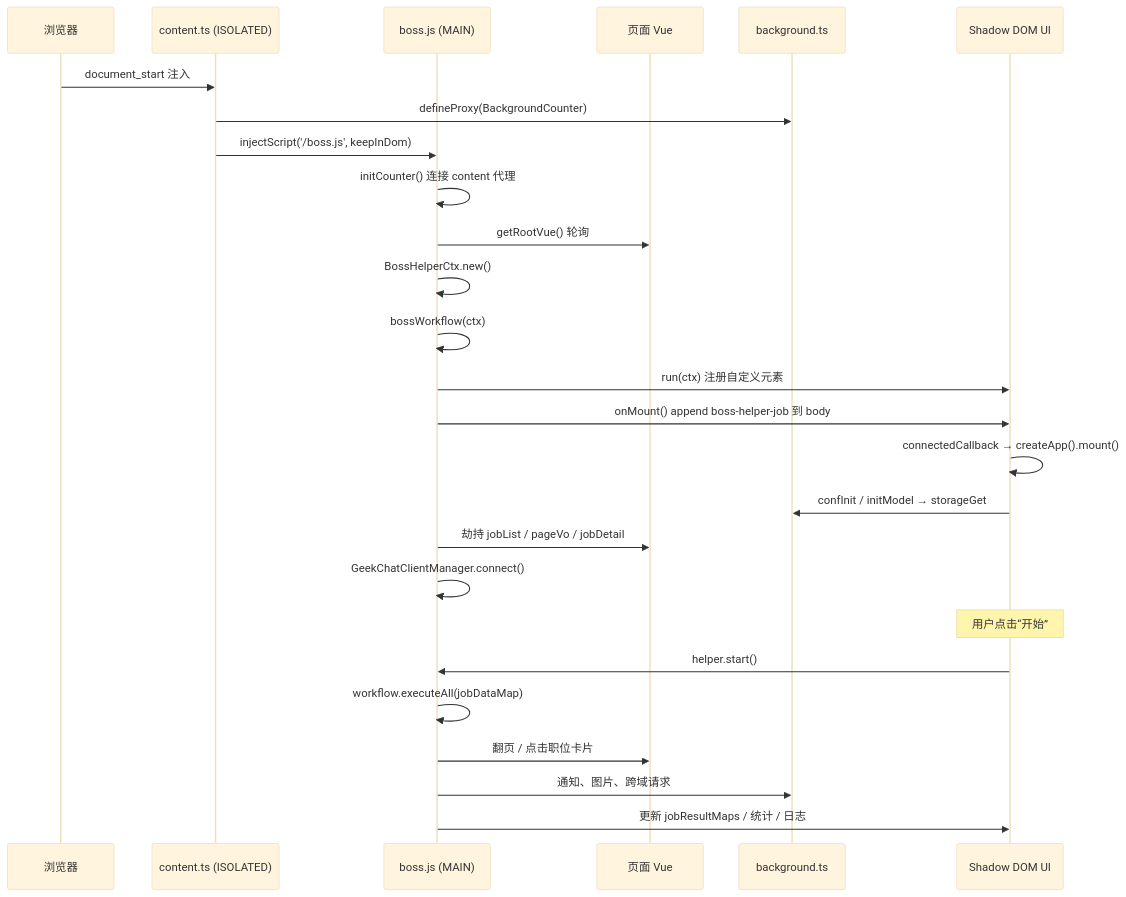
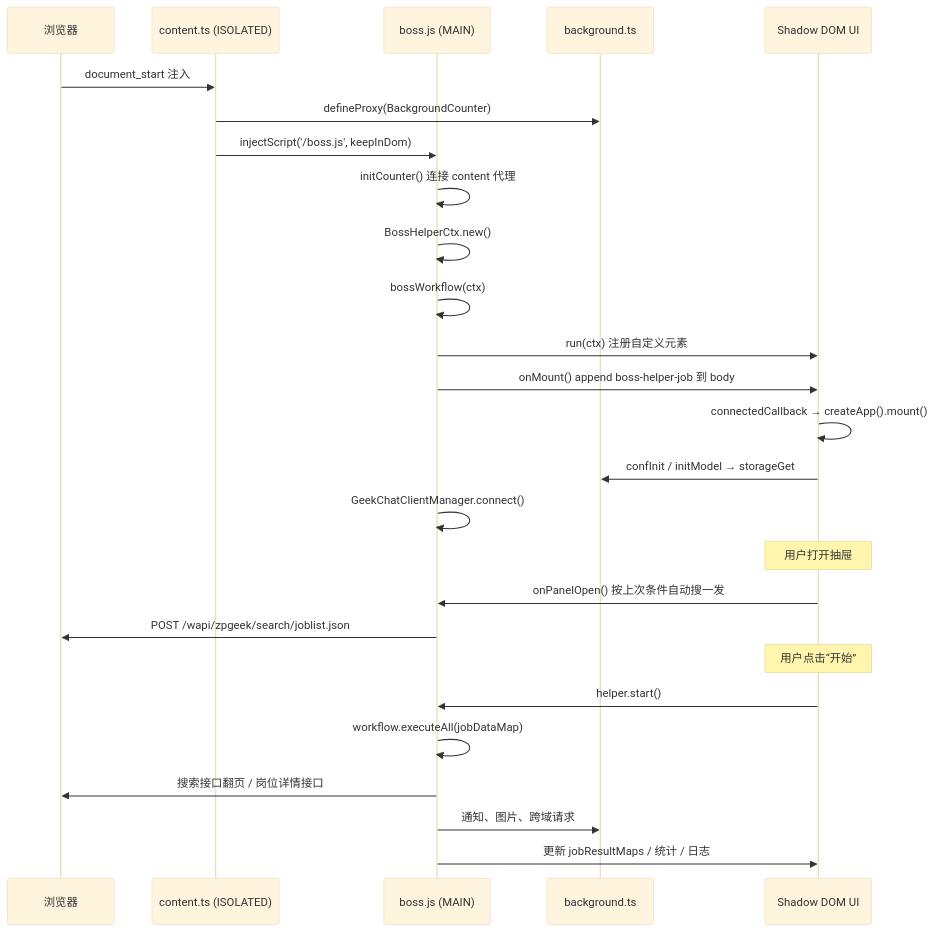
Before and after one commit to hollyxun/boss-helper: the third of 4 diagrams in docs/02-系统架构.md, drawn with Mermaid (base theme). The commit also changed other lines of this file and 12 other files, not shown here.

````diff
--- a/docs/02-系统架构.md
+++ b/docs/02-系统架构.md
@@ -228,29 +215,29 @@
 ```mermaid
 sequenceDiagram
   participant B as 浏览器
   participant CS as content.ts (ISOLATED)
   participant M as boss.js (MAIN)
-  participant P as 页面 Vue
   participant BG as background.ts
   participant UI as Shadow DOM UI
 
   B->>CS: document_start 注入
   CS->>BG: defineProxy(BackgroundCounter)
   CS->>M: injectScript('/boss.js', keepInDom)
   M->>M: initCounter() 连接 content 代理
-  M->>P: getRootVue() 轮询 #wrap.__vue__
   M->>M: BossHelperCtx.new()
   M->>M: bossWorkflow(ctx)
   M->>UI: run(ctx) 注册自定义元素
   M->>UI: onMount() append boss-helper-job 到 body
   UI->>UI: connectedCallback → createApp().mount()
   UI->>BG: confInit / initModel → storageGet
-  M->>P: 劫持 jobList / pageVo / jobDetail
   M->>M: GeekChatClientManager.connect()
+  Note over UI: 用户打开抽屉
+  UI->>M: onPanelOpen() 按上次条件自动搜一发
+  M->>B: POST /wapi/zpgeek/search/joblist.json
   Note over UI: 用户点击“开始”
   UI->>M: helper.start()
   M->>M: workflow.executeAll(jobDataMap)
-  M->>P: 翻页 / 点击职位卡片
+  M->>B: 搜索接口翻页 / 岗位详情接口
   M->>BG: 通知、图片、跨域请求
   M->>UI: 更新 jobResultMaps / 统计 / 日志
 ```
````
